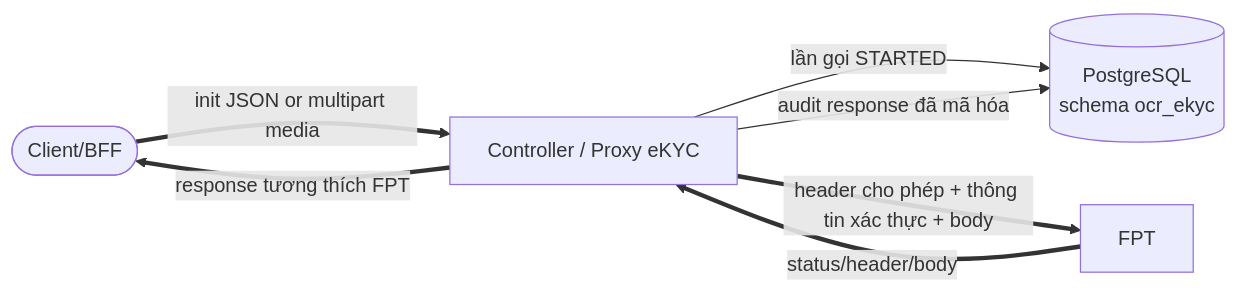
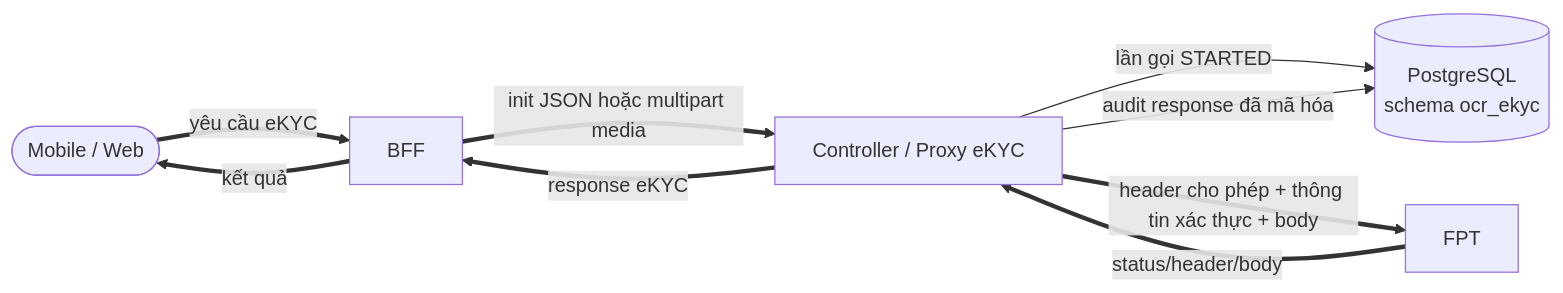
The seventh of 12 diagrams in tdd-ocr-ekyc.md (huynv-xyz/vhm), drawn with Mermaid before and after one commit. The commit also changed other lines of this file, not shown here.

````diff
--- a/tdd-ocr-ekyc.md
+++ b/tdd-ocr-ekyc.md
@@ -791,14 +801,17 @@
 ```mermaid
 flowchart LR
-    CLIENT([Client/BFF])
+    CHANNEL([Mobile / Web])
+    BFF[BFF]
     SERVICE[Controller / Proxy eKYC]
     FPT[FPT]
     DB[(PostgreSQL<br/>schema ocr_ekyc)]
 
-    CLIENT ==>|init JSON or multipart media| SERVICE
+    CHANNEL ==>|yêu cầu eKYC| BFF
+    BFF ==>|init JSON hoặc multipart media| SERVICE
     SERVICE -->|lần gọi STARTED| DB
     SERVICE ==>|header cho phép + thông tin xác thực + body| FPT
     FPT ==>|status/header/body| SERVICE
     SERVICE -->|audit response đã mã hóa| DB
-    SERVICE ==>|response tương thích FPT| CLIENT
+    SERVICE ==>|response eKYC| BFF
+    BFF ==>|kết quả| CHANNEL
 ```
````
